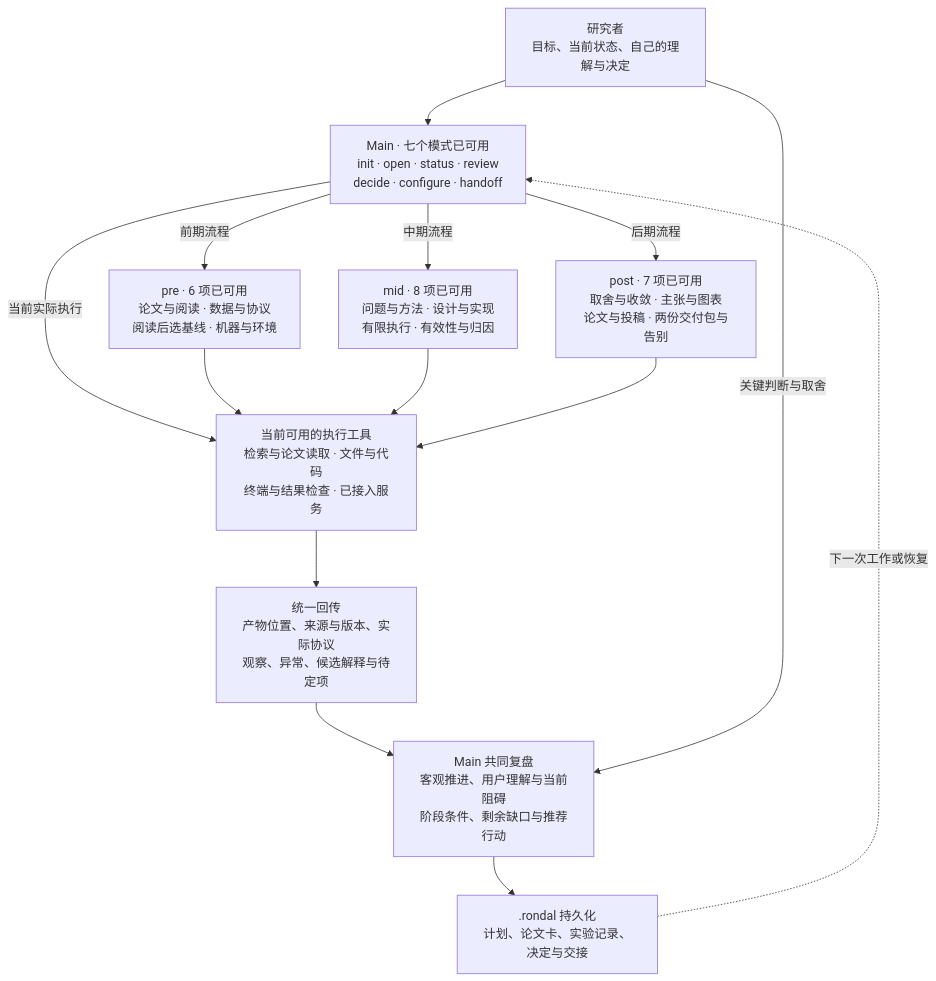
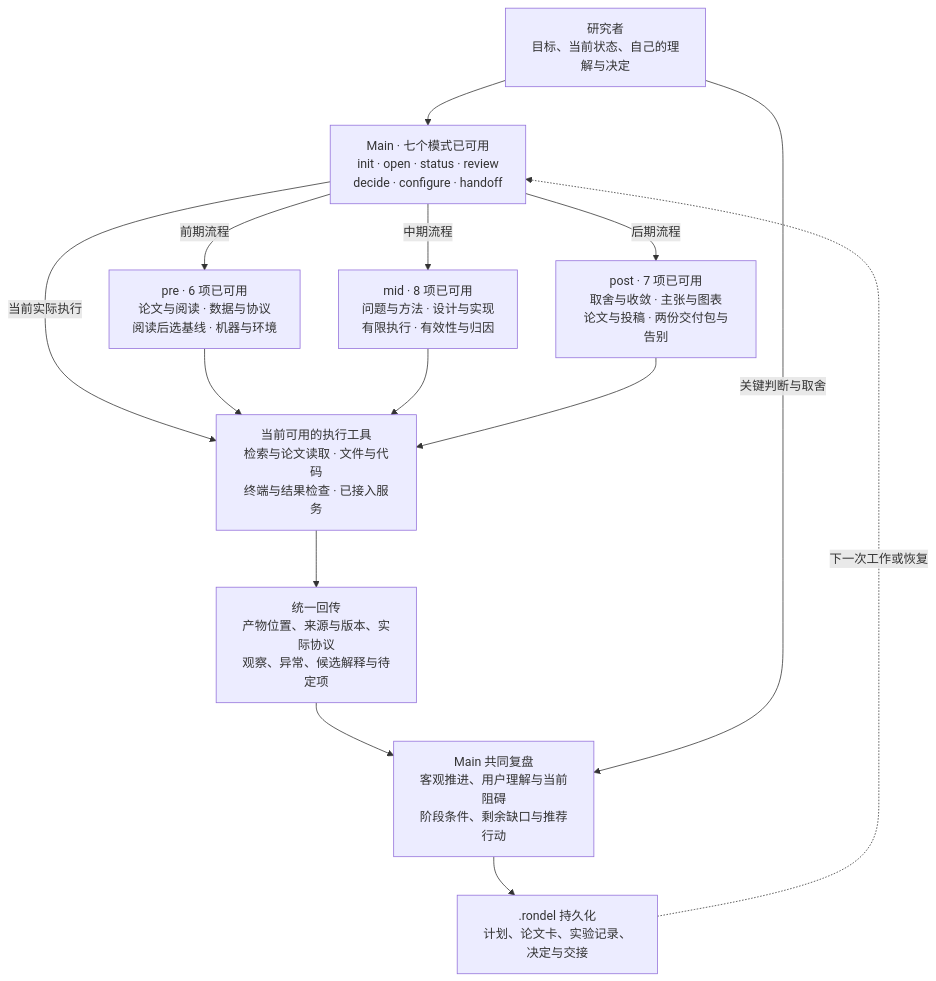
Before and after one commit to ZoltraakDiego/Rondel: the diagram in skills/rondel-main/references/main-tool-map.md, drawn with Mermaid. The commit also changed 81 other files, not shown here.

````diff
--- a/skills/rondel-main/references/main-tool-map.md
+++ b/skills/rondel-main/references/main-tool-map.md
@@ -5,18 +5,18 @@
 ```mermaid
 flowchart TD
     U["研究者<br/>目标、当前状态、自己的理解与决定"] --> M["Main · 七个模式已可用<br/>init · open · status · review<br/>decide · configure · handoff"]
 
     M -->|当前实际执行| B["当前可用的执行工具<br/>检索与论文读取 · 文件与代码<br/>终端与结果检查 · 已接入服务"]
     M -->|前期流程| P["pre · 6 项已可用<br/>论文与阅读 · 数据与协议<br/>阅读后选基线 · 机器与环境"]
     M -->|中期流程| I["mid · 8 项已可用<br/>问题与方法 · 设计与实现<br/>有限执行 · 有效性与归因"]
     M -->|后期流程| O["post · 7 项已可用<br/>取舍与收敛 · 主张与图表<br/>论文与投稿 · 两份交付包与告别"]
 
     P --> B
     I --> B
     O --> B
     B --> R["统一回传<br/>产物位置、来源与版本、实际协议<br/>观察、异常、候选解释与待定项"]
     R --> V["Main 共同复盘<br/>客观推进、用户理解与当前阻碍<br/>阶段条件、剩余缺口与推荐行动"]
     U -->|关键判断与取舍| V
-    V --> S[".rondal 持久化<br/>计划、论文卡、实验记录、决定与交接"]
+    V --> S[".rondel 持久化<br/>计划、论文卡、实验记录、决定与交接"]
     S -.->|下一次工作或恢复| M
 ```
````
